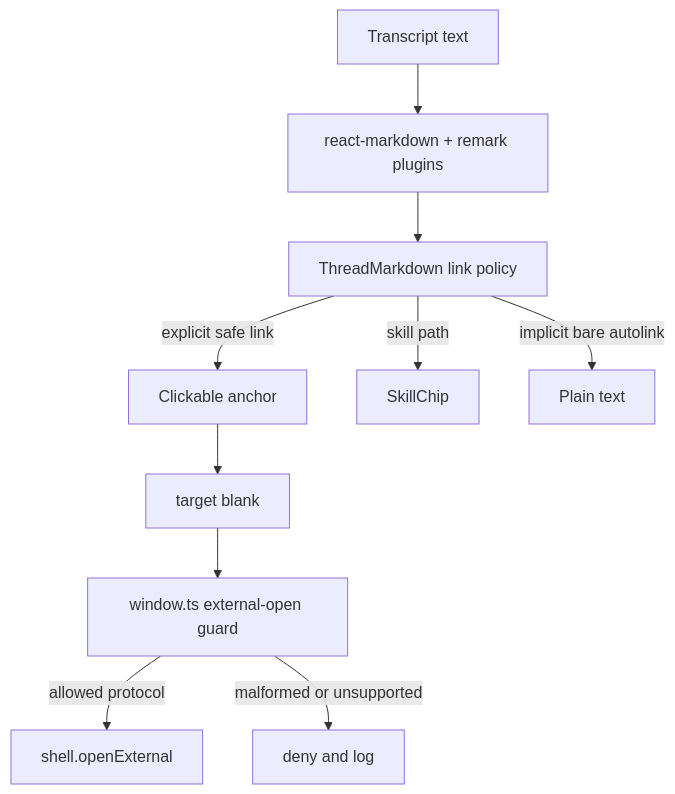
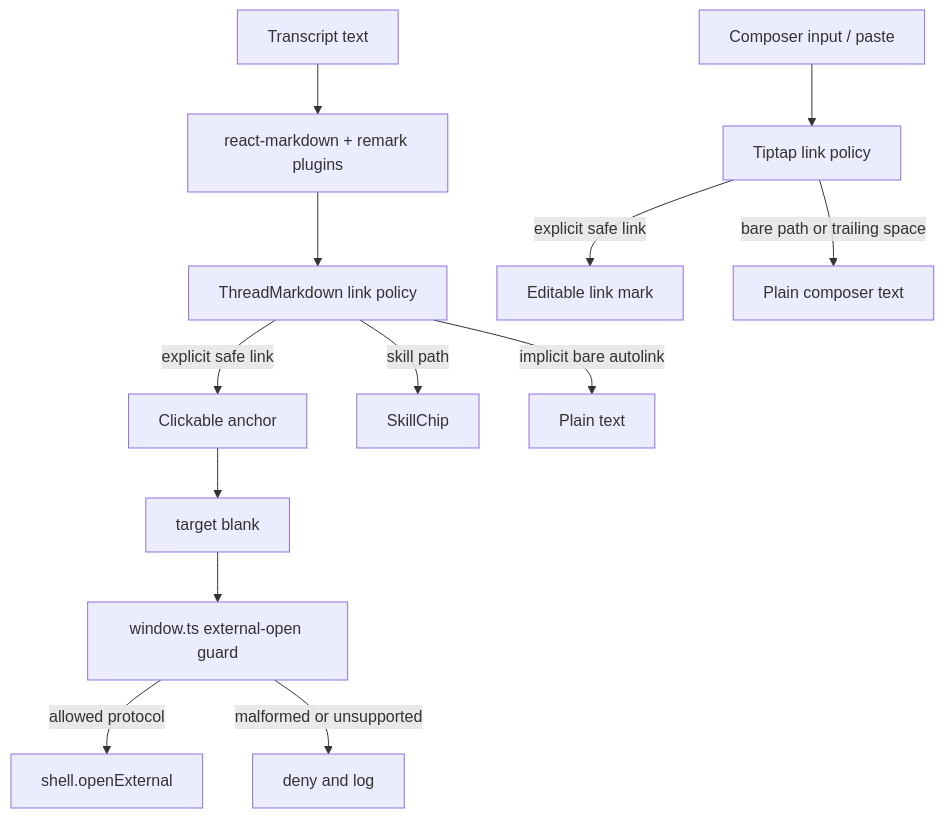
The diagram in docs/plans/2026-05-02-001-fix-chat-markdown-autolinks-plan.md (pwrdrvr/PwrAgent), drawn with Mermaid before and after one commit. The commit also changed other lines of this file, not shown here.

Commit message:
Expand hyperlink safety plan to composer

````diff
--- a/docs/plans/2026-05-02-001-fix-chat-markdown-autolinks-plan.md
+++ b/docs/plans/2026-05-02-001-fix-chat-markdown-autolinks-plan.md
@@ -89,12 +103,15 @@
 ```mermaid
 flowchart TB
     Text["Transcript text"] --> Markdown["react-markdown + remark plugins"]
+    ComposerText["Composer input / paste"] --> ComposerPolicy["Tiptap link policy"]
     Markdown --> LinkPolicy["ThreadMarkdown link policy"]
     LinkPolicy -->|explicit safe link| Anchor["Clickable anchor"]
     LinkPolicy -->|skill path| Chip["SkillChip"]
     LinkPolicy -->|implicit bare autolink| Plain["Plain text"]
+    ComposerPolicy -->|explicit safe link| ComposerLink["Editable link mark"]
+    ComposerPolicy -->|bare path or trailing space| ComposerPlain["Plain composer text"]
     Anchor --> Blank["target blank"]
     Blank --> Guard["window.ts external-open guard"]
     Guard -->|allowed protocol| External["shell.openExternal"]
     Guard -->|malformed or unsupported| Deny["deny and log"]
 ```
````
